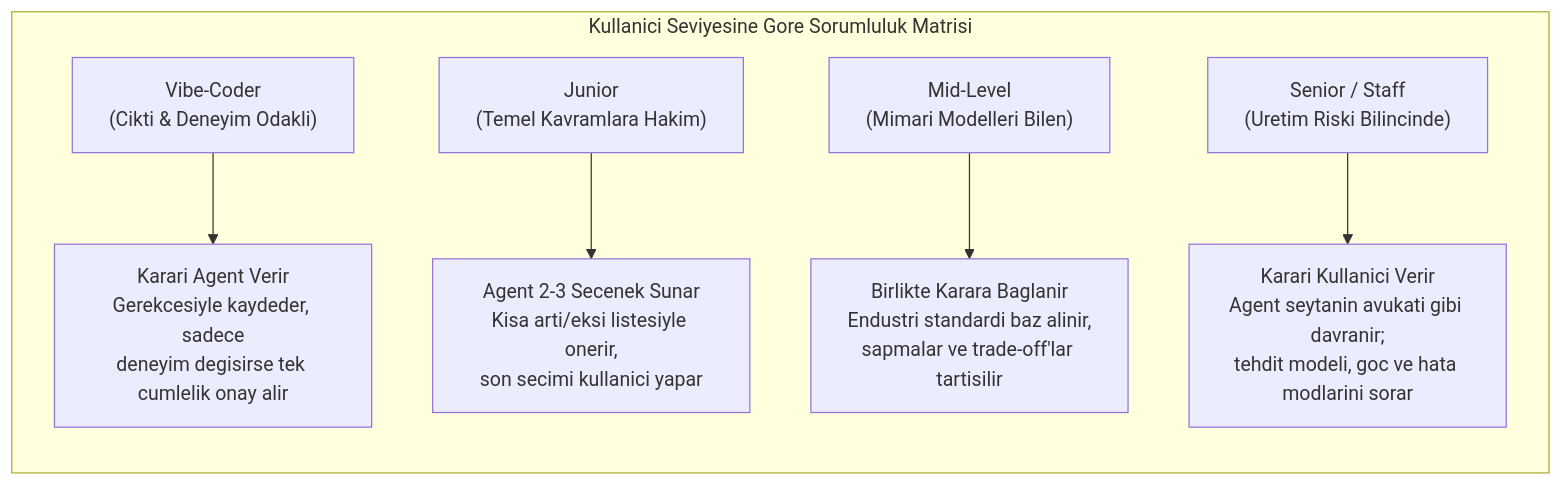
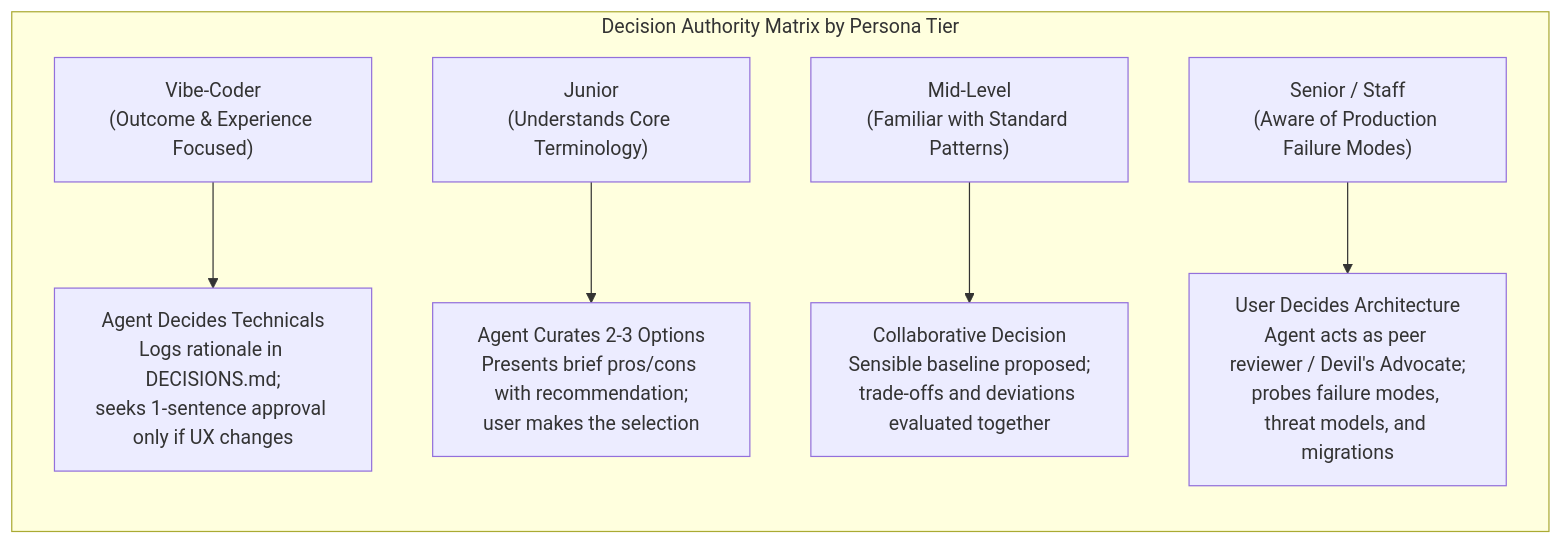
The third of 5 diagrams in README.md (Eyokurt/project-from-scratch), drawn with Mermaid before and after one commit. The commit also changed other lines of this file and 12 other files, not shown here.

````diff
--- a/README.md
+++ b/README.md
@@ -94,10 +94,10 @@
 ```mermaid
 flowchart TD
-    subgraph LevelDistribution ["Kullanici Seviyesine Gore Sorumluluk Matrisi"]
+    subgraph LevelDistribution ["Decision Authority Matrix by Persona Tier"]
         direction TB
-        VC["Vibe-Coder\n(Cikti & Deneyim Odakli)"] --> VC_D["Karari Agent Verir\nGerekcesiyle kaydeder, sadece\ndeneyim degisirse tek cumlelik onay alir"]
-        JR["Junior\n(Temel Kavramlara Hakim)"] --> JR_D["Agent 2-3 Secenek Sunar\nKisa arti/eksi listesiyle onerir,\nson secimi kullanici yapar"]
-        MD["Mid-Level\n(Mimari Modelleri Bilen)"] --> MD_D["Birlikte Karara Baglanir\nEndustri standardi baz alinir,\nsapmalar ve trade-off'lar tartisilir"]
-        SR["Senior / Staff\n(Uretim Riski Bilincinde)"] --> SR_D["Karari Kullanici Verir\nAgent seytanin avukati gibi davranir;\ntehdit modeli, goc ve hata modlarini sorar"]
+        VC["Vibe-Coder\n(Outcome & Experience Focused)"] --> VC_D["Agent Decides Technicals\nLogs rationale in DECISIONS.md;\nseeks 1-sentence approval only if UX changes"]
+        JR["Junior\n(Understands Core Terminology)"] --> JR_D["Agent Curates 2-3 Options\nPresents brief pros/cons with recommendation;\nuser makes the selection"]
+        MD["Mid-Level\n(Familiar with Standard Patterns)"] --> MD_D["Collaborative Decision\nSensible baseline proposed;\ntrade-offs and deviations evaluated together"]
+        SR["Senior / Staff\n(Aware of Production Failure Modes)"] --> SR_D["User Decides Architecture\nAgent acts as peer reviewer / Devil's Advocate;\nprobes failure modes, threat models, and migrations"]
     end
 ```
````
